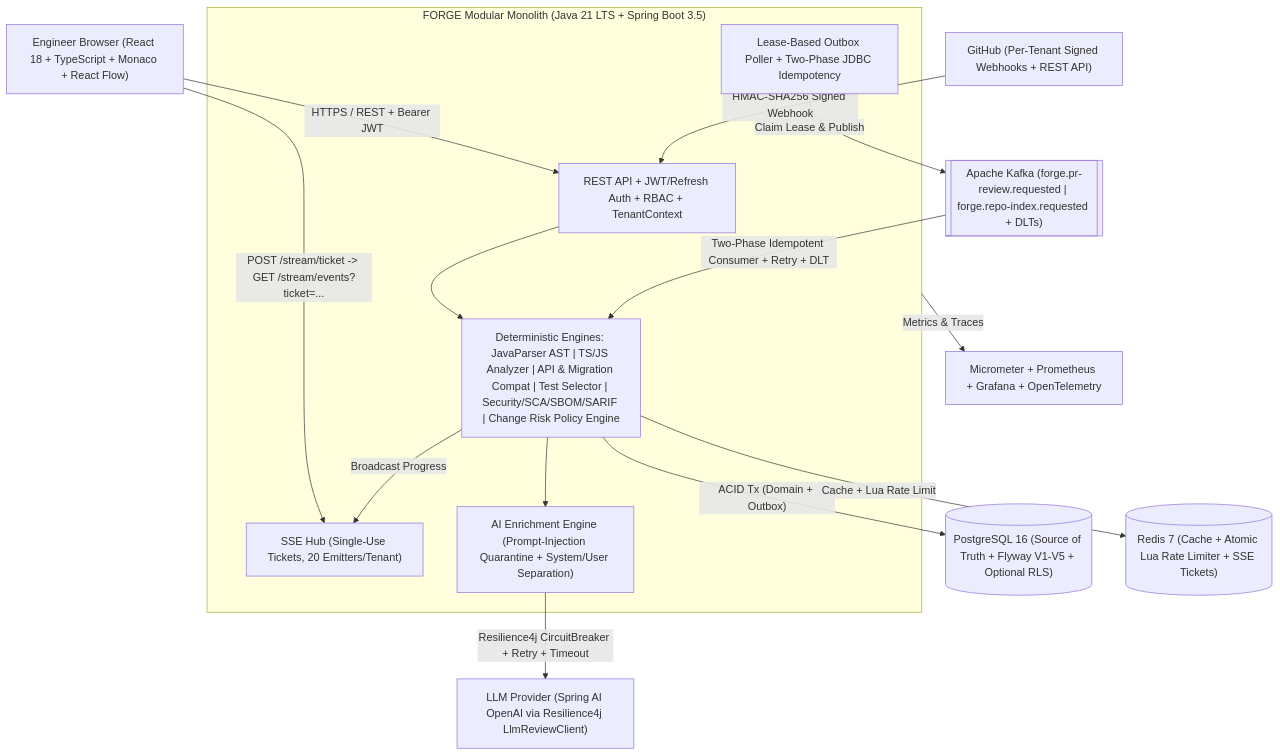
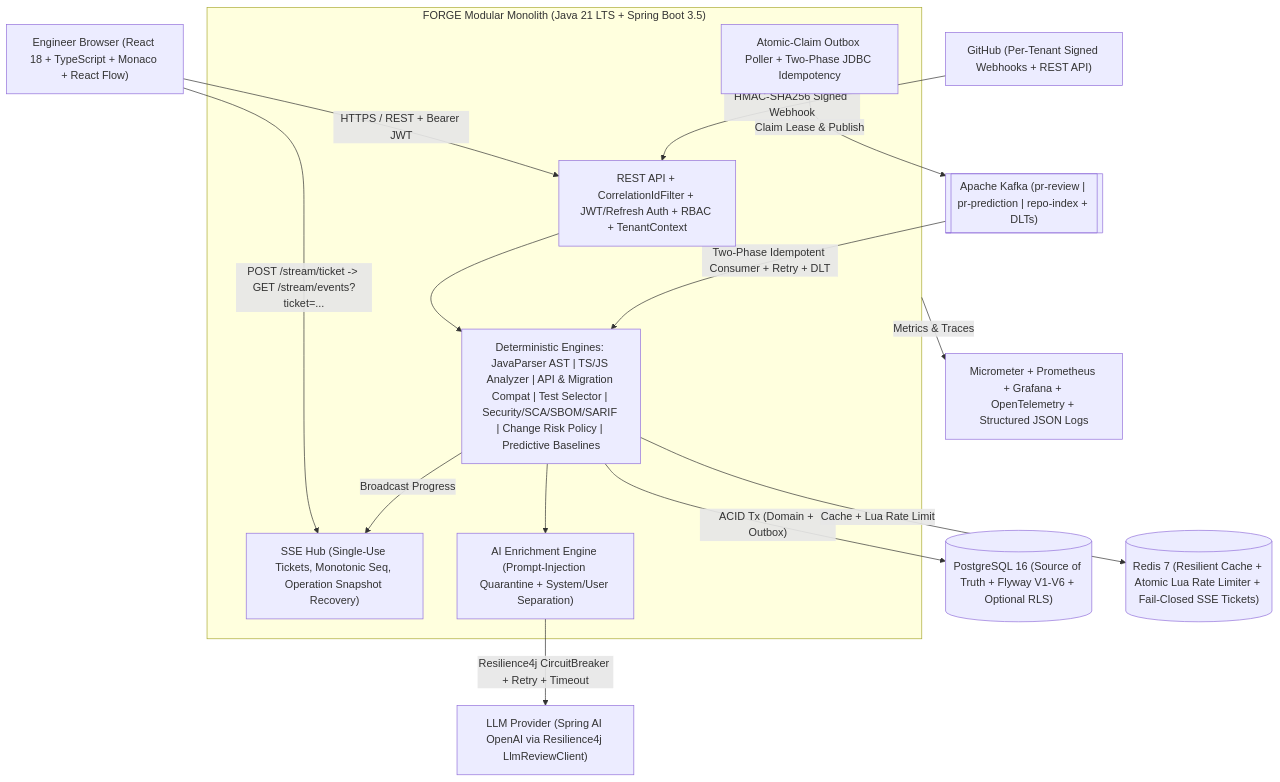
Before and after one commit to nischay237/forge-ai-platform: the first of 2 diagrams in docs/ARCHITECTURE.md, drawn with Mermaid. The commit also changed other lines of this file and 50 other files, not shown here.

````diff
--- a/docs/ARCHITECTURE.md
+++ b/docs/ARCHITECTURE.md
@@ -5,32 +5,32 @@
 ```mermaid
 flowchart TB
     Dev["Engineer Browser (React 18 + TypeScript + Monaco + React Flow)"]
     GH["GitHub (Per-Tenant Signed Webhooks + REST API)"]
     LLM["LLM Provider (Spring AI OpenAI via Resilience4j LlmReviewClient)"]
 
     subgraph FORGE["FORGE Modular Monolith (Java 21 LTS + Spring Boot 3.5)"]
-        API["REST API + JWT/Refresh Auth + RBAC + TenantContext"]
-        SSE["SSE Hub (Single-Use Tickets, 20 Emitters/Tenant)"]
-        ENG["Deterministic Engines: JavaParser AST | TS/JS Analyzer | API & Migration Compat | Test Selector | Security/SCA/SBOM/SARIF | Change Risk Policy Engine"]
+        API["REST API + CorrelationIdFilter + JWT/Refresh Auth + RBAC + TenantContext"]
+        SSE["SSE Hub (Single-Use Tickets, Monotonic Seq, Operation Snapshot Recovery)"]
+        ENG["Deterministic Engines: JavaParser AST | TS/JS Analyzer | API & Migration Compat | Test Selector | Security/SCA/SBOM/SARIF | Change Risk Policy | Predictive Baselines"]
         AI["AI Enrichment Engine (Prompt-Injection Quarantine + System/User Separation)"]
-        OUTBOX["Lease-Based Outbox Poller + Two-Phase JDBC Idempotency"]
+        OUTBOX["Atomic-Claim Outbox Poller + Two-Phase JDBC Idempotency"]
     end
 
-    PG[("PostgreSQL 16 (Source of Truth + Flyway V1-V5 + Optional RLS)")]
-    KAFKA[["Apache Kafka (forge.pr-review.requested | forge.repo-index.requested + DLTs)"]]
-    REDIS[("Redis 7 (Cache + Atomic Lua Rate Limiter + SSE Tickets)")]
-    OBS["Micrometer + Prometheus + Grafana + OpenTelemetry"]
+    PG[("PostgreSQL 16 (Source of Truth + Flyway V1-V6 + Optional RLS)")]
+    KAFKA[["Apache Kafka (pr-review | pr-prediction | repo-index + DLTs)"]]
+    REDIS[("Redis 7 (Resilient Cache + Atomic Lua Rate Limiter + Fail-Closed SSE Tickets)")]
+    OBS["Micrometer + Prometheus + Grafana + OpenTelemetry + Structured JSON Logs"]
 
     Dev -->|"HTTPS / REST + Bearer JWT"| API
     Dev -->|"POST /stream/ticket -> GET /stream/events?ticket=..."| SSE
     GH -->|"HMAC-SHA256 Signed Webhook"| API
     API --> ENG
     ENG -->|"ACID Tx (Domain + Outbox)"| PG
     OUTBOX -->|"Claim Lease & Publish"| KAFKA
     KAFKA -->|"Two-Phase Idempotent Consumer + Retry + DLT"| ENG
     ENG --> AI
     AI -->|"Resilience4j CircuitBreaker + Retry + Timeout"| LLM
     ENG -->|"Cache + Lua Rate Limit"| REDIS
     ENG -->|"Broadcast Progress"| SSE
     FORGE -->|"Metrics & Traces"| OBS
 ```
````
